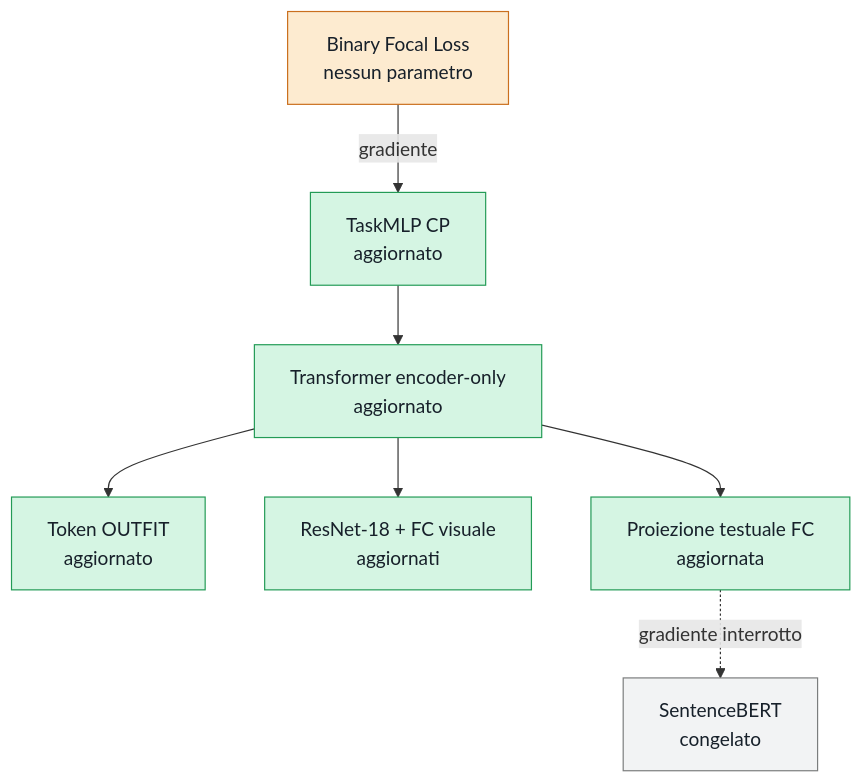
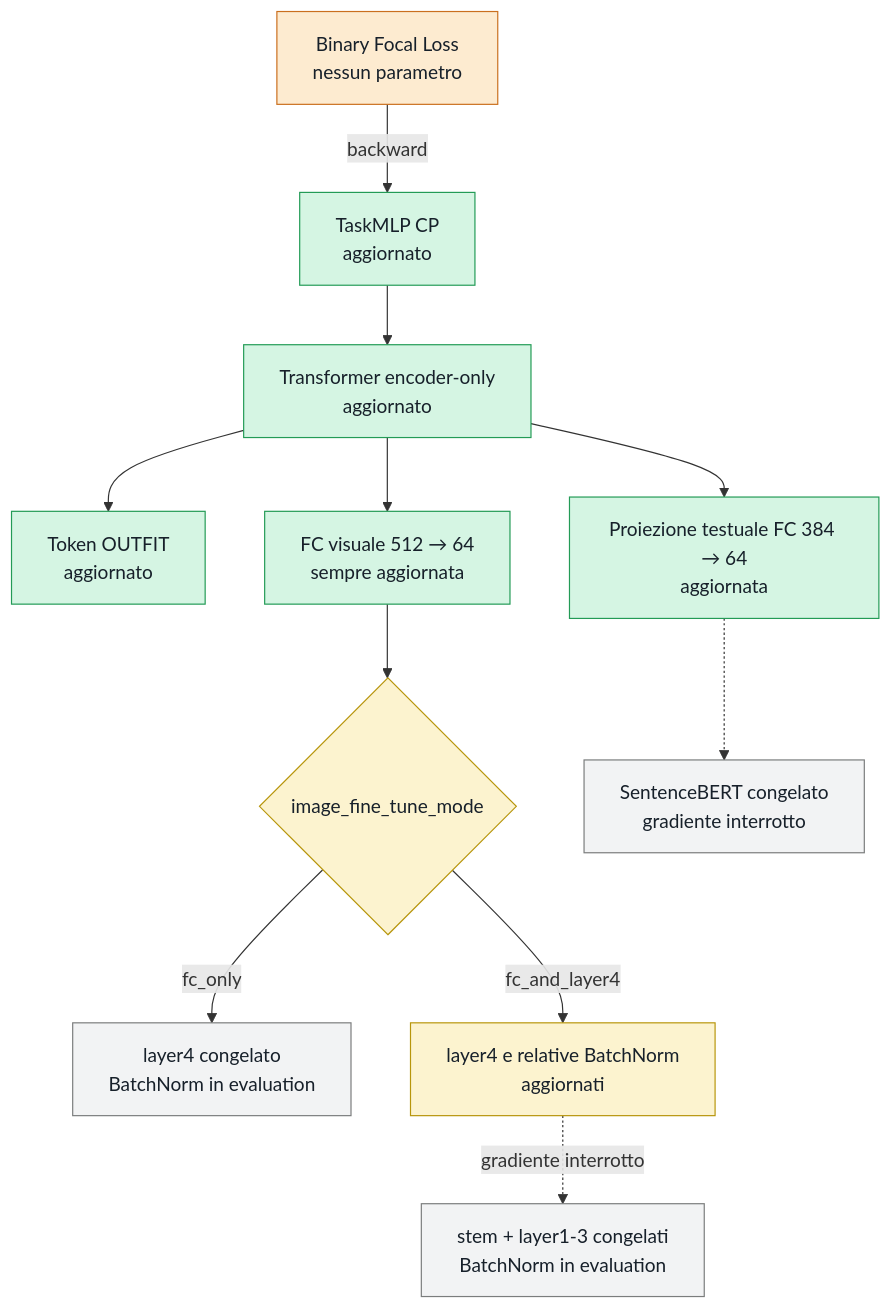
One commit to FlorindoDev/OutfitTransformer changed the first of 2 diagrams in training/cp/README.md. Above: the diagram before and after it, drawn with Mermaid. The commit also changed other lines of this file and 2 other files, not shown here.

````diff
--- a/training/cp/README.md
+++ b/training/cp/README.md
@@ -67,18 +51,26 @@
 ```mermaid
 flowchart TD
-    A["Binary Focal Loss<br/>nessun parametro"] -->|gradiente| B["TaskMLP CP<br/>aggiornato"]
+    A["Binary Focal Loss<br/>nessun parametro"] -->|backward| B["TaskMLP CP<br/>aggiornato"]
     B --> C["Transformer encoder-only<br/>aggiornato"]
 
     C --> D["Token OUTFIT<br/>aggiornato"]
-    C --> E["ResNet-18 + FC visuale<br/>aggiornati"]
-    C --> F["Proiezione testuale FC<br/>aggiornata"]
-    F -.->|"gradiente interrotto"| G["SentenceBERT<br/>congelato"]
+    C --> E["FC visuale 512 → 64<br/>sempre aggiornata"]
+    C --> F["Proiezione testuale FC 384 → 64<br/>aggiornata"]
+
+    E --> G{"image_fine_tune_mode"}
+    G -->|fc_only| H["layer4 congelato<br/>BatchNorm in evaluation"]
+    G -->|fc_and_layer4| I["layer4 e relative BatchNorm<br/>aggiornati"]
+    I -.->|gradiente interrotto| J["stem + layer1-3 congelati<br/>BatchNorm in evaluation"]
+
+    F -.-> K["SentenceBERT congelato<br/>gradiente interrotto"]
 
     classDef trained fill:#d5f5e3,stroke:#239b56,color:#17202a
+    classDef conditional fill:#fcf3cf,stroke:#b7950b,color:#17202a
     classDef frozen fill:#f2f3f4,stroke:#7b7d7d,color:#17202a
     classDef loss fill:#fdebd0,stroke:#ca6f1e,color:#17202a
 
     class B,C,D,E,F trained
-    class G frozen
+    class G,I conditional
+    class H,J,K frozen
     class A loss
 ```
````
